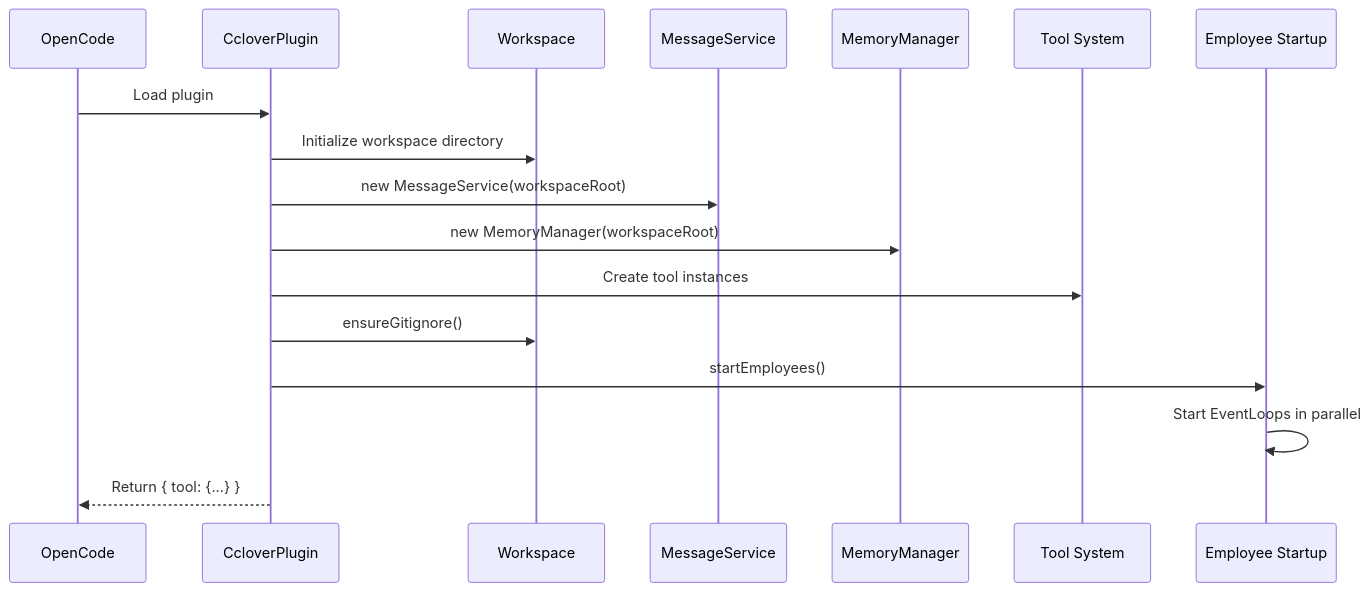
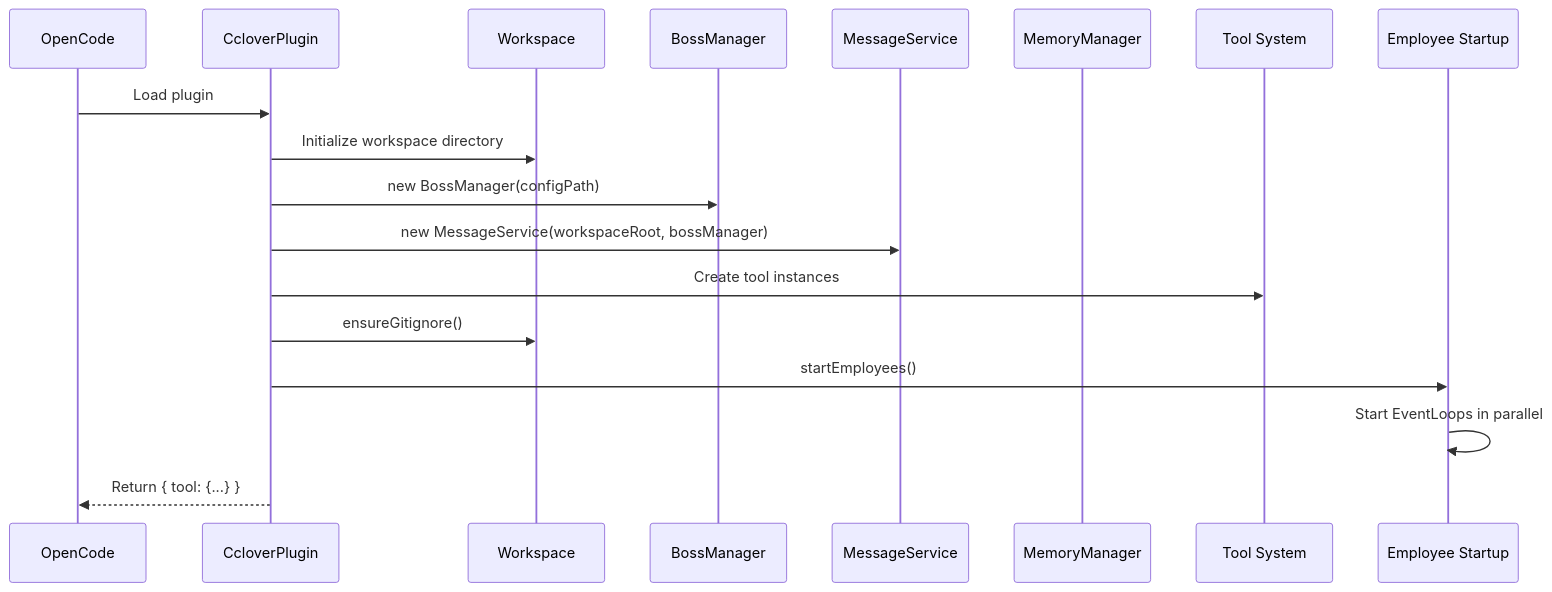
Before and after one commit to fkxxyz/opencode-cclover: the first of 3 diagrams in docs/design-plugin-entry.md, drawn with Mermaid. The commit also changed other lines of this file and 21 other files, not shown here.

First line of the commit message:
feat: implement boss message system

````diff
--- a/docs/design-plugin-entry.md
+++ b/docs/design-plugin-entry.md
@@ -61,20 +64,21 @@
 ```mermaid
 sequenceDiagram
     participant OC as OpenCode
     participant Plugin as CcloverPlugin
     participant WS as Workspace
+    participant Config as BossManager
     participant MS as MessageService
     participant MM as MemoryManager
     participant Tools as Tool System
     participant Employees as Employee Startup
     
     OC->>Plugin: Load plugin
     Plugin->>WS: Initialize workspace directory
-    Plugin->>MS: new MessageService(workspaceRoot)
-    Plugin->>MM: new MemoryManager(workspaceRoot)
+    Plugin->>Config: new BossManager(configPath)
+    Plugin->>MS: new MessageService(workspaceRoot, bossManager)
     Plugin->>Tools: Create tool instances
     Plugin->>WS: ensureGitignore()
     Plugin->>Employees: startEmployees()
     Employees->>Employees: Start EventLoops in parallel
     Plugin-->>OC: Return { tool: {...} }
 ```
````
